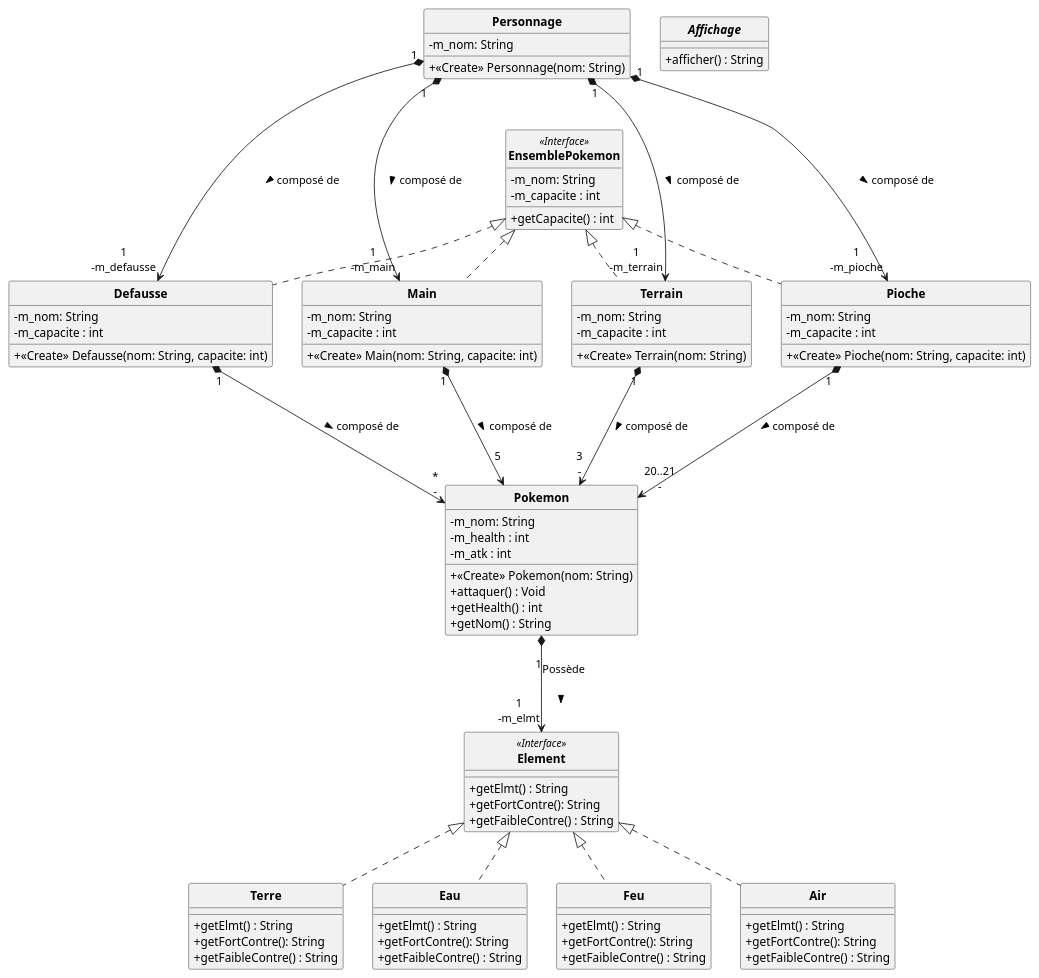
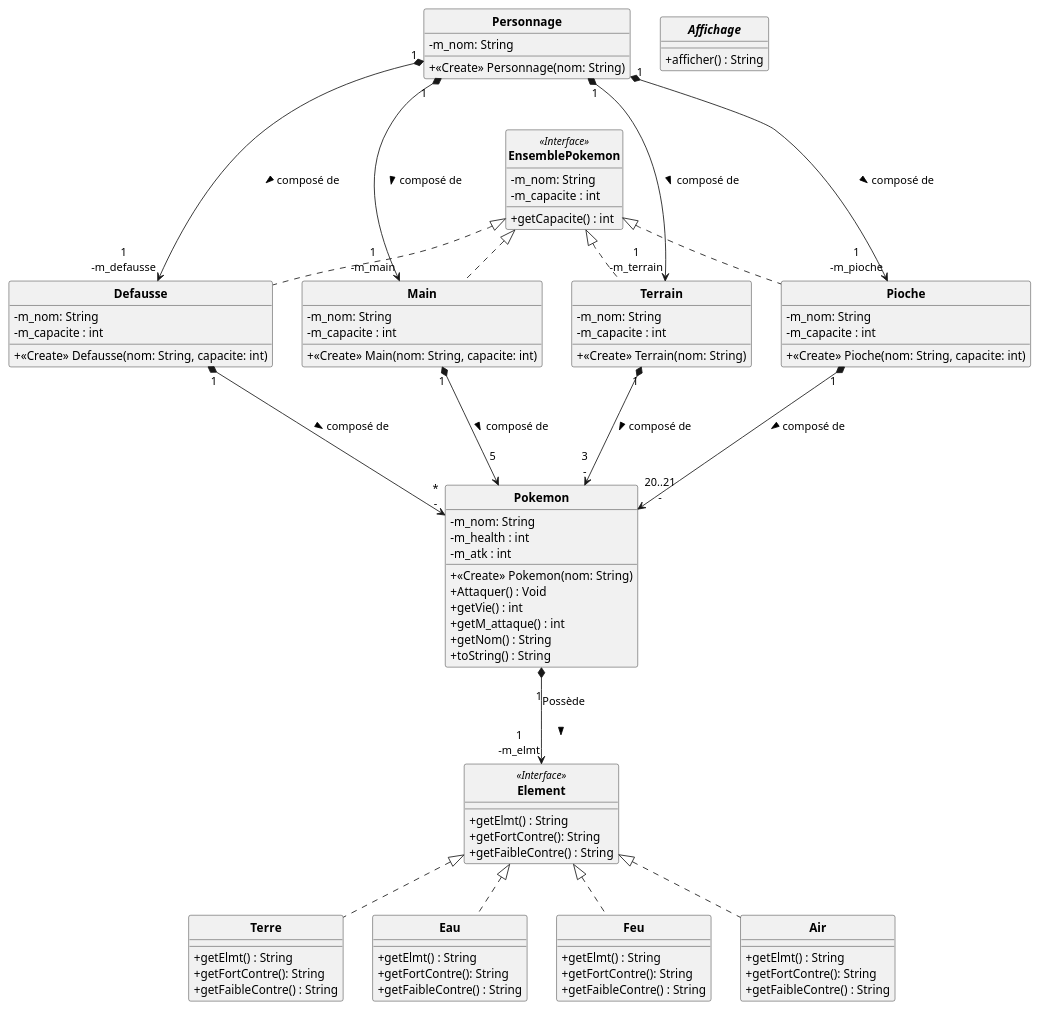
Before and after one commit to DLR-coding/POOkemon: the diagram in uml/semaine1.puml, drawn with PlantUML. The commit also changed 4 other files, not shown here.

```diff
--- a/uml/semaine1.puml
+++ b/uml/semaine1.puml
@@ -1,114 +1,116 @@
 @startuml
 'https://plantuml.com/class-diagram
 skinparam classAttributeIconSize 0
 skinparam classFontStyle Bold
 skinparam style strictuml
 
 class Personnage
 {
     - m_nom: String
     + <<Create>> Personnage(nom: String)
 }
 
 class EnsemblePokemon <<Interface>>
 {
     - m_nom: String
     - m_capacite : int
     + getCapacite() : int
 }
 
 class Defausse implements EnsemblePokemon
 {
     - m_nom: String
     - m_capacite : int
     + <<Create>> Defausse(nom: String, capacite: int)
 }
 
 class Main implements EnsemblePokemon
 {
     - m_nom: String
     - m_capacite : int
     + <<Create>> Main(nom: String, capacite: int)
 }
 
 class Terrain implements EnsemblePokemon
 {
     - m_nom: String
     - m_capacite : int
     + <<Create>> Terrain(nom: String)
 }
 
 class Pioche implements EnsemblePokemon
 {
     - m_nom: String
     - m_capacite : int
     + <<Create>> Pioche(nom: String, capacite: int)
 }
 
 
 class Pokemon
 {
     - m_nom: String
     - m_health : int
     - m_atk : int
     + <<Create>> Pokemon(nom: String)
-    + attaquer() : Void
-    + getHealth() : int
+    + Attaquer() : Void
+    + getVie() : int
+    + getM_attaque() : int
     + getNom() : String
+    + toString() : String 
 }
 
 class Element <<Interface>>
 {
     + getElmt() : String
     + getFortContre(): String
     + getFaibleContre() : String
 }
 
 
 class Terre implements Element
 {
     + getElmt() : String
     + getFortContre(): String
     + getFaibleContre() : String
 }
 
 class Eau implements Element
 {
     + getElmt() : String
     + getFortContre(): String
     + getFaibleContre() : String
 }
 
 class Feu implements Element
 {
     + getElmt() : String
     + getFortContre(): String
     + getFaibleContre() : String
 }
 
 class Air implements Element
 {
     + getElmt() : String
     + getFortContre(): String
     + getFaibleContre() : String
 }
 
 abstract Affichage
 {
     + afficher() : String
 }
 
 Pioche "1" *---> "20..21\n-" Pokemon : composé de \t\t >
 Main "1" *---> "5\n" Pokemon : composé de \t\t >
 Terrain "1" *---> "3\n-" Pokemon : composé de \t\t >
 Defausse "1" *---> "*\n-" Pokemon : composé de \t\t >
 
 Pokemon "\n 1" *--> "1\n-m_elmt" Element : Possède\n\n >
 Personnage "1" *---> "1\n-m_terrain" Terrain : composé de \t\t >
 Personnage "1" *---> "1\n-m_pioche" Pioche : composé de \t\t >
 Personnage "1" *---> "1\n-m_main" Main : composé de \t\t >
 Personnage "1" *---> "1\n-m_defausse" Defausse : composé de \t\t >
 
 
 
 @enduml
```
